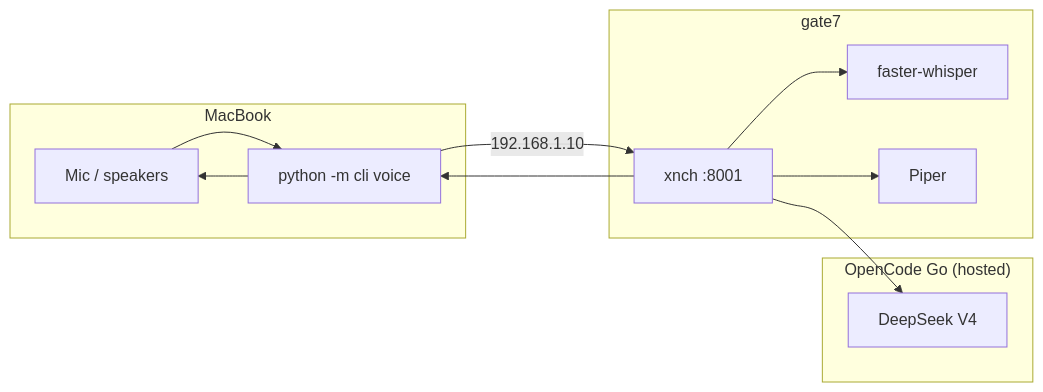
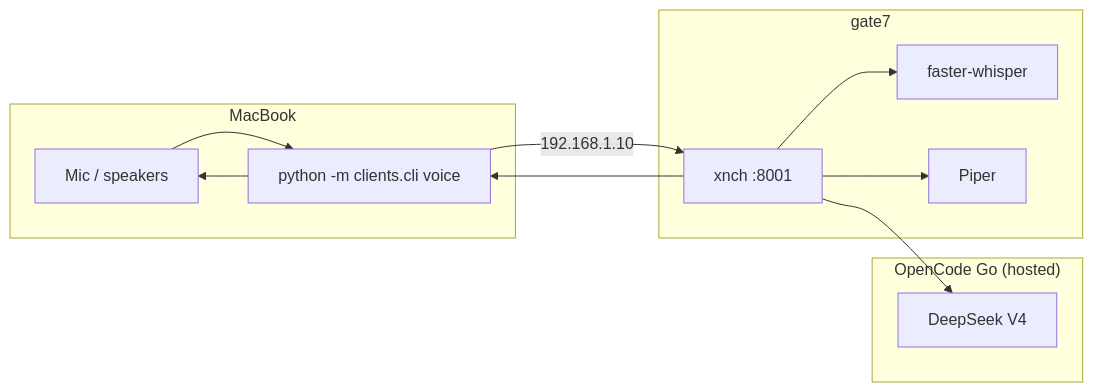
The second of 2 diagrams in docs/guides/nexi-voice-mac-client.md (x-nch/xnchSystems), drawn with Mermaid before and after one commit. The commit also changed other lines of this file and 49 other files, not shown here.

````diff
--- a/docs/guides/nexi-voice-mac-client.md
+++ b/docs/guides/nexi-voice-mac-client.md
@@ -45,21 +45,21 @@
 ```mermaid
 flowchart LR
     subgraph Mac["MacBook"]
         MIC[Mic / speakers]
-        CLI["python -m cli voice"]
+        CLI["python -m clients.cli voice"]
     end
     subgraph Gate7["gate7"]
         API["xnch :8001"]
         STT[faster-whisper]
         TTS[Piper]
     end
     subgraph Hosted["OpenCode Go (hosted)"]
         LLM[DeepSeek V4]
     end
     MIC --> CLI
     CLI -->|"192.168.1.10"| API
     API --> STT
     API --> LLM
     API --> TTS
     API --> CLI --> MIC
 ```
````
